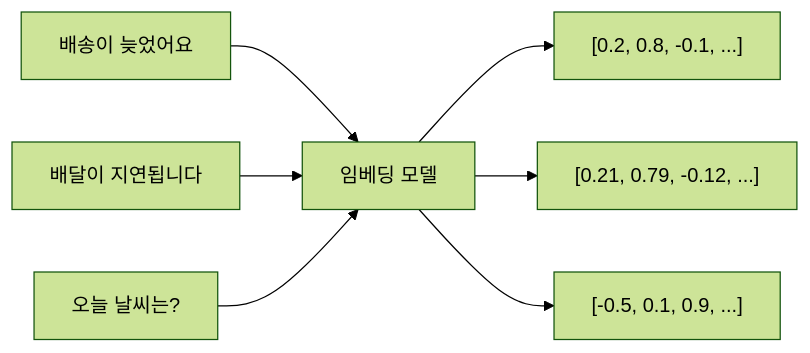
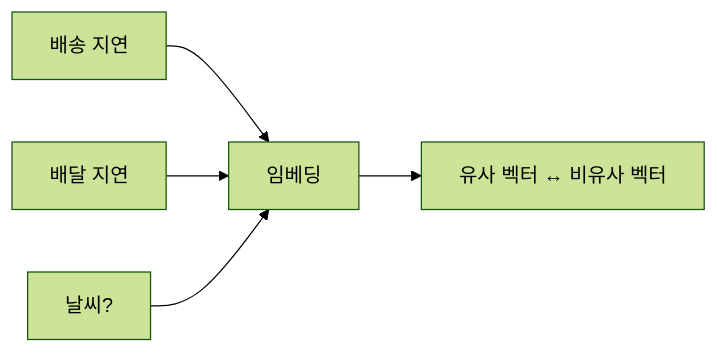
The second of 2 diagrams in _posts/ai/2026-05-03-rag-architecture.md (yjkim2015/yjkim2015.github.io), drawn with Mermaid (forest theme) before and after one commit. The commit also changed other lines of this file and 163 other files, not shown here.

First line of the commit message:
Mermaid 300개 블록 내용 축소: 5노드 5엣지 이하, 의미 있는 약어

````diff
--- a/_posts/ai/2026-05-03-rag-architecture.md
+++ b/_posts/ai/2026-05-03-rag-architecture.md
@@ -154,9 +151,7 @@
 ```mermaid
 graph LR
-    T1["배송이 늦었어요"] --> E["임베딩 모델"]
-    T2["배달이 지연됩니다"] --> E
-    T3["오늘 날씨는?"] --> E
-    E --> V1["[0.2, 0.8, -0.1, ...]"]
-    E --> V2["[0.21, 0.79, -0.12, ...]"]
-    E --> V3["[-0.5, 0.1, 0.9, ...]"]
+    T1["배송 지연"] --> E["임베딩"]
+    T2["배달 지연"] --> E
+    T3["날씨?"] --> E
+    E --> V["유사 벡터 ↔ 비유사 벡터"]
 ```
````
